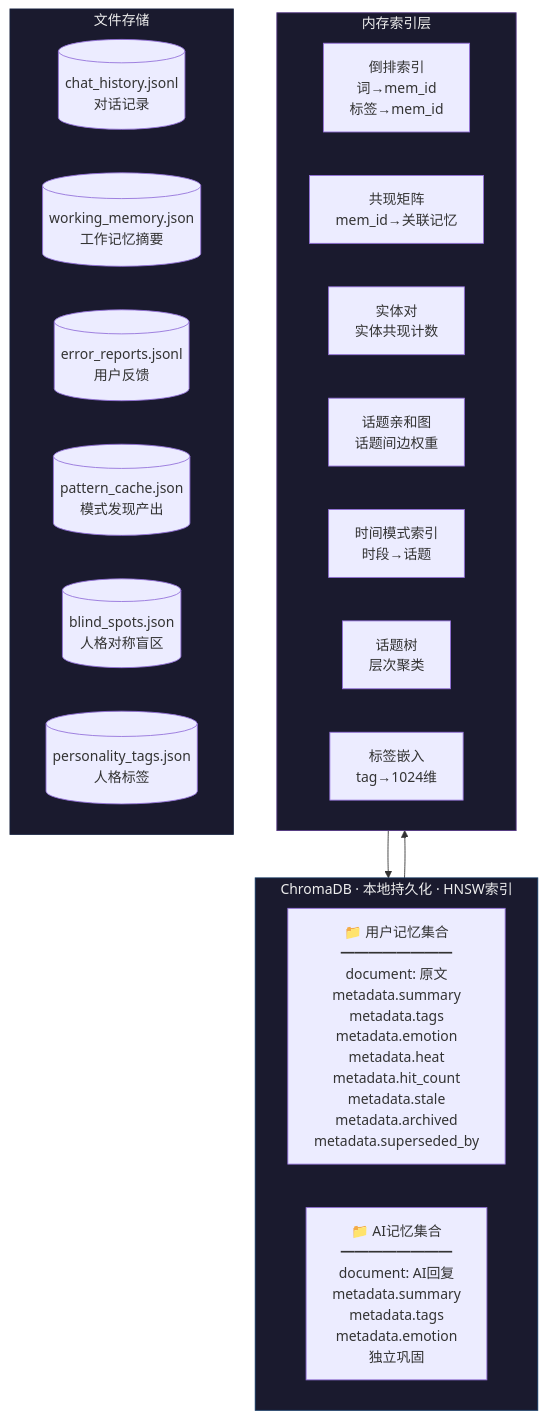
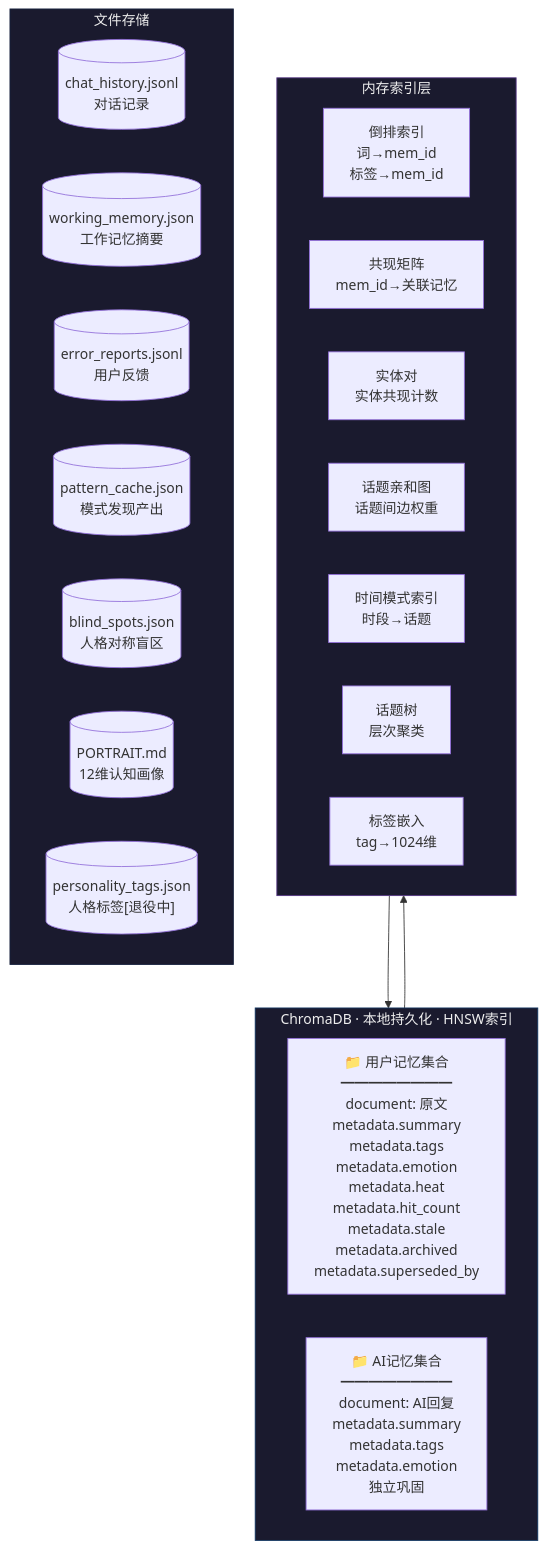
The eighth of 11 diagrams in ARCHITECTURE_DIAGRAM.md (834063245-creator/-First-beat.CH-MemorySystem), drawn with Mermaid before and after one commit. The commit also changed other lines of this file and 4 other files, not shown here.

````diff
--- a/ARCHITECTURE_DIAGRAM.md
+++ b/ARCHITECTURE_DIAGRAM.md
@@ -289,36 +298,37 @@
 ```mermaid
 flowchart TB
     subgraph CHROMA["ChromaDB · 本地持久化 · HNSW索引"]
         direction LR
         USER_COL["📁 用户记忆集合<br/>━━━━━━━━<br/>document: 原文<br/>metadata.summary<br/>metadata.tags<br/>metadata.emotion<br/>metadata.heat<br/>metadata.hit_count<br/>metadata.stale<br/>metadata.archived<br/>metadata.superseded_by"]
         AI_COL["📁 AI记忆集合<br/>━━━━━━━━<br/>document: AI回复<br/>metadata.summary<br/>metadata.tags<br/>metadata.emotion<br/>独立巩固"]
     end
 
     subgraph INDEXES["内存索引层"]
         direction LR
         INV["倒排索引<br/>词→mem_id<br/>标签→mem_id"]
         CO["共现矩阵<br/>mem_id→关联记忆"]
         EP["实体对<br/>实体共现计数"]
         AFF["话题亲和图<br/>话题间边权重"]
         TEMP["时间模式索引<br/>时段→话题"]
         TREE["话题树<br/>层次聚类"]
         TAG_EMB["标签嵌入<br/>tag→1024维"]
     end
 
     subgraph FILES["文件存储"]
         CHAT[("chat_history.jsonl<br/>对话记录")]
         WM[("working_memory.json<br/>工作记忆摘要")]
         ERROR[("error_reports.jsonl<br/>用户反馈")]
         PATTERN[("pattern_cache.json<br/>模式发现产出")]
         BLIND[("blind_spots.json<br/>人格对称盲区")]
-        PERSONA[("personality_tags.json<br/>人格标签")]
+        PORTRAIT_FILE[("PORTRAIT.md<br/>12维认知画像")]
+        PERSONA[("personality_tags.json<br/>人格标签[退役中]")]
     end
 
     CHROMA --> INDEXES
     INDEXES --> CHROMA
     FILES
 
     style CHROMA fill:#1a1a2e,stroke:#0f3460,color:#eee
     style INDEXES fill:#1a1a2e,stroke:#533483,color:#eee
     style FILES fill:#1a1a2e,stroke:#16213e,color:#eee
 ```
````
